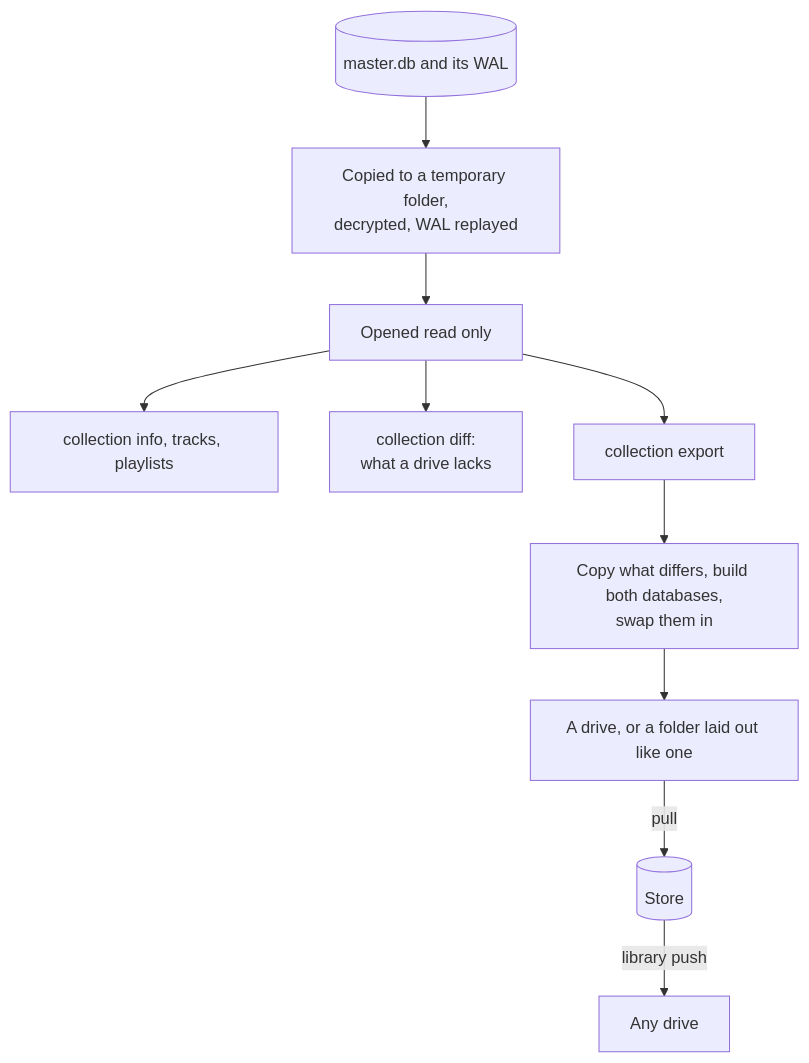
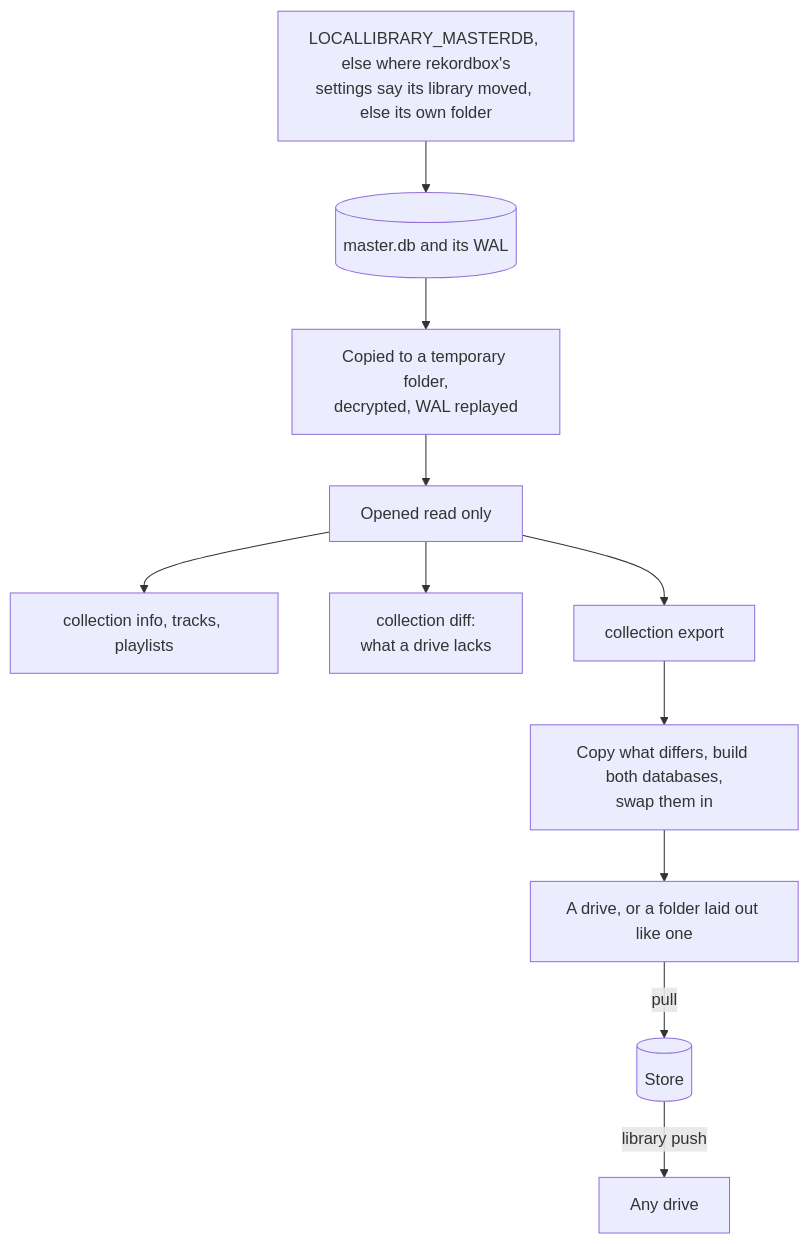
One commit to cutenode/localnetwork changed the fourth of 10 diagrams in apps/locallibrary/docs/diagrams/data.md. Above: the diagram before and after it, drawn with Mermaid.

Commit message:
docs(locallibrary): show how the collection diagram finds master.db
The collection reads now follow a library rekordbox has moved: LOCALLIBRARY_MASTERDB, then where rekordbox's settings say the library went, then rekordbox's own folder. The diagram of rekordbox's collection in docs/diagrams/data.md starts there.

````diff
--- a/apps/locallibrary/docs/diagrams/data.md
+++ b/apps/locallibrary/docs/diagrams/data.md
@@ -76,12 +76,13 @@
 ```mermaid
 flowchart TD
+    find["LOCALLIBRARY_MASTERDB, else where rekordbox's<br/>settings say its library moved, else its own folder"] --> master
     master[("master.db and its WAL")] --> copy["Copied to a temporary folder,<br/>decrypted, WAL replayed"]
     copy --> read["Opened read only"]
     read --> reads["collection info, tracks, playlists"]
     read --> diff["collection diff:<br/>what a drive lacks"]
     read --> export["collection export"]
     export --> write["Copy what differs, build both databases,<br/>swap them in"]
     write --> target["A drive, or a folder laid out like one"]
     target -->|"pull"| store[("Store")]
     store -->|"library push"| drive["Any drive"]
 ```
````
